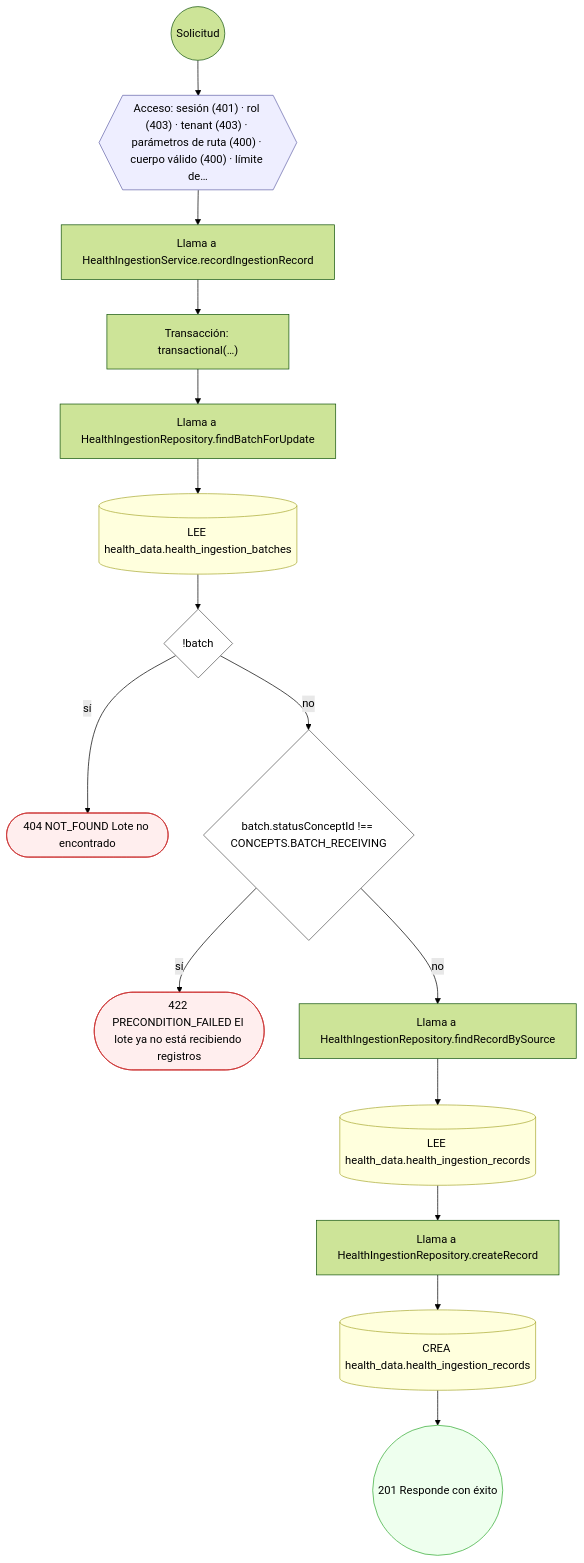
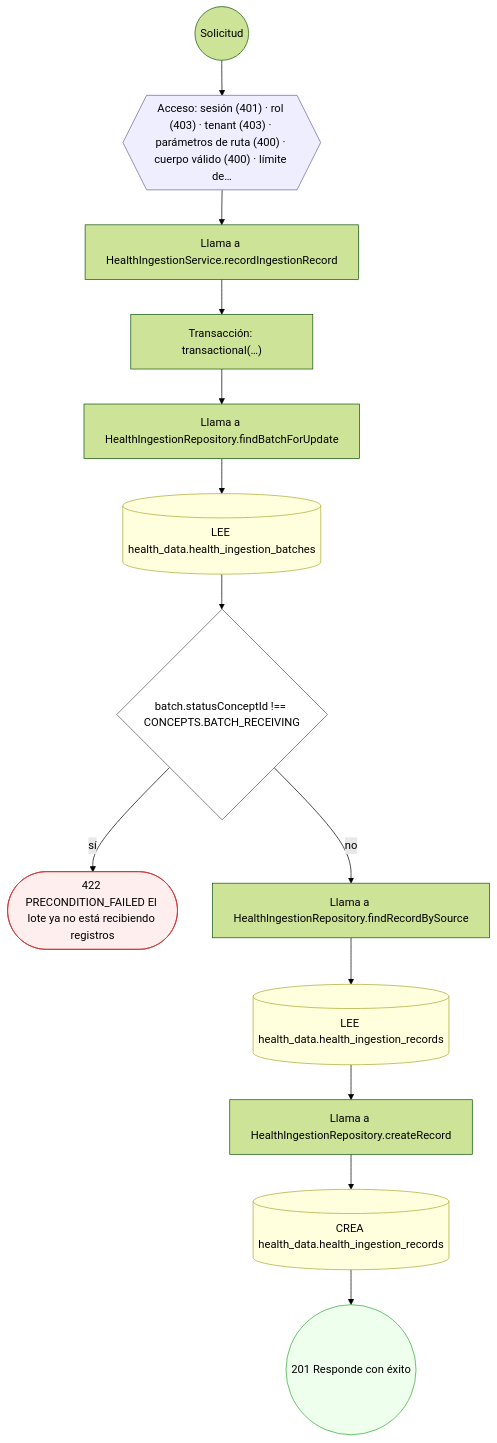
Diagram 13 of 16 in docs/inventario/flujos/health_data.md (mdavila-2001/mantra-core-health-api), drawn with Mermaid (forest theme) before and after one commit. The commit also changed other lines of this file and 438 other files, not shown here.

````diff
--- a/docs/inventario/flujos/health_data.md
+++ b/docs/inventario/flujos/health_data.md
@@ -1050,38 +1139,34 @@
 ```mermaid
 flowchart TD
   n1(("Solicitud")):::inicio
   n2{{"Acceso: sesión (401) · rol (403) · tenant (403) · parámetros de ruta (400) · cuerpo válido (400) · límite de…"}}:::acceso
   n1 --> n2
   n3["Llama a HealthIngestionService.recordIngestionRecord"]:::llamada
   n2 --> n3
   n4["Transacción: transactional(…)"]:::transaccion
   n3 --> n4
   n5["Llama a HealthIngestionRepository.findBatchForUpdate"]:::llamada
   n4 --> n5
   n6[("LEE health_data.health_ingestion_batches")]:::efecto
   n5 --> n6
-  n7{"!batch"}:::decision
+  n7{"batch.statusConceptId !== CONCEPTS.BATCH_RECEIVING"}:::decision
   n6 --> n7
-  n8(["404 NOT_FOUND Lote no encontrado"]):::error
+  n8(["422 PRECONDITION_FAILED El lote ya no está recibiendo registros"]):::error
   n7 -->|"sí"| n8
-  n9{"batch.statusConceptId !== CONCEPTS.BATCH_RECEIVING"}:::decision
+  n9["Llama a HealthIngestionRepository.findRecordBySource"]:::llamada
   n7 -->|"no"| n9
-  n10(["422 PRECONDITION_FAILED El lote ya no está recibiendo registros"]):::error
-  n9 -->|"sí"| n10
-  n11["Llama a HealthIngestionRepository.findRecordBySource"]:::llamada
-  n9 -->|"no"| n11
-  n12[("LEE health_data.health_ingestion_records")]:::efecto
+  n10[("LEE health_data.health_ingestion_records")]:::efecto
+  n9 --> n10
+  n11["Llama a HealthIngestionRepository.createRecord"]:::llamada
+  n10 --> n11
+  n12[("CREA health_data.health_ingestion_records")]:::efecto
   n11 --> n12
-  n13["Llama a HealthIngestionRepository.createRecord"]:::llamada
+  n13(("201 Responde con éxito")):::ok
   n12 --> n13
-  n14[("CREA health_data.health_ingestion_records")]:::efecto
-  n13 --> n14
-  n15(("201 Responde con éxito")):::ok
-  n14 --> n15
   classDef acceso fill:#eef,stroke:#66a
   classDef error fill:#fee,stroke:#c33
   classDef ok fill:#efe,stroke:#3a3
   classDef efecto fill:#ffd,stroke:#aa3
   classDef decision fill:#fff,stroke:#555
   classDef corte fill:#eee,stroke:#999,stroke-dasharray: 4
 ```
````
